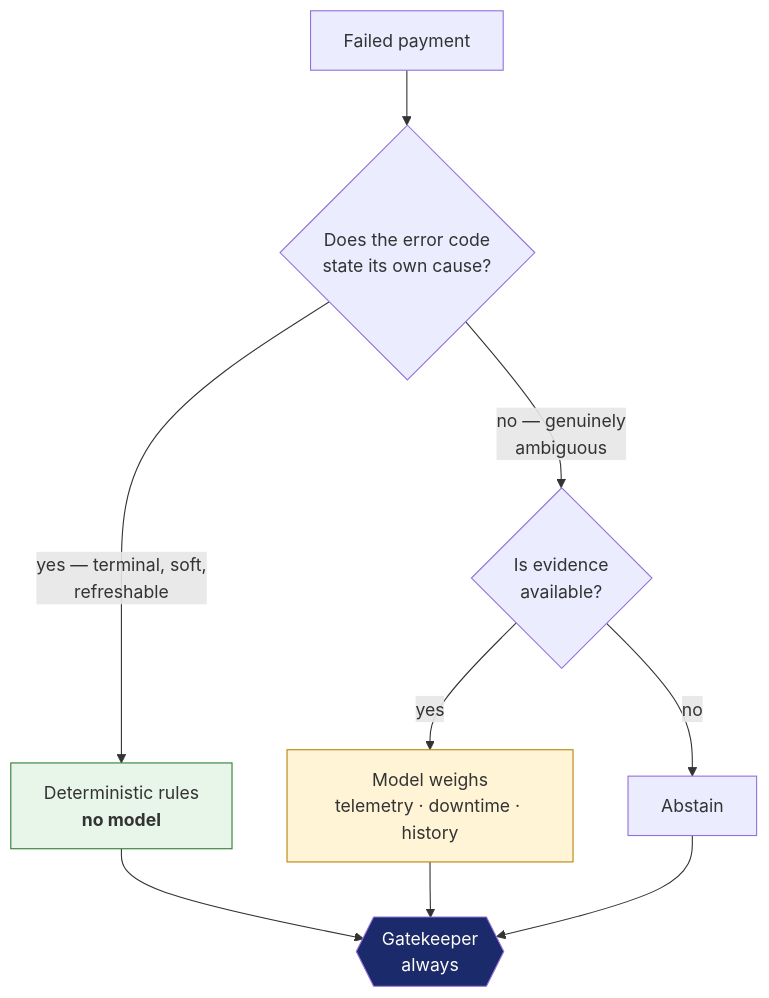
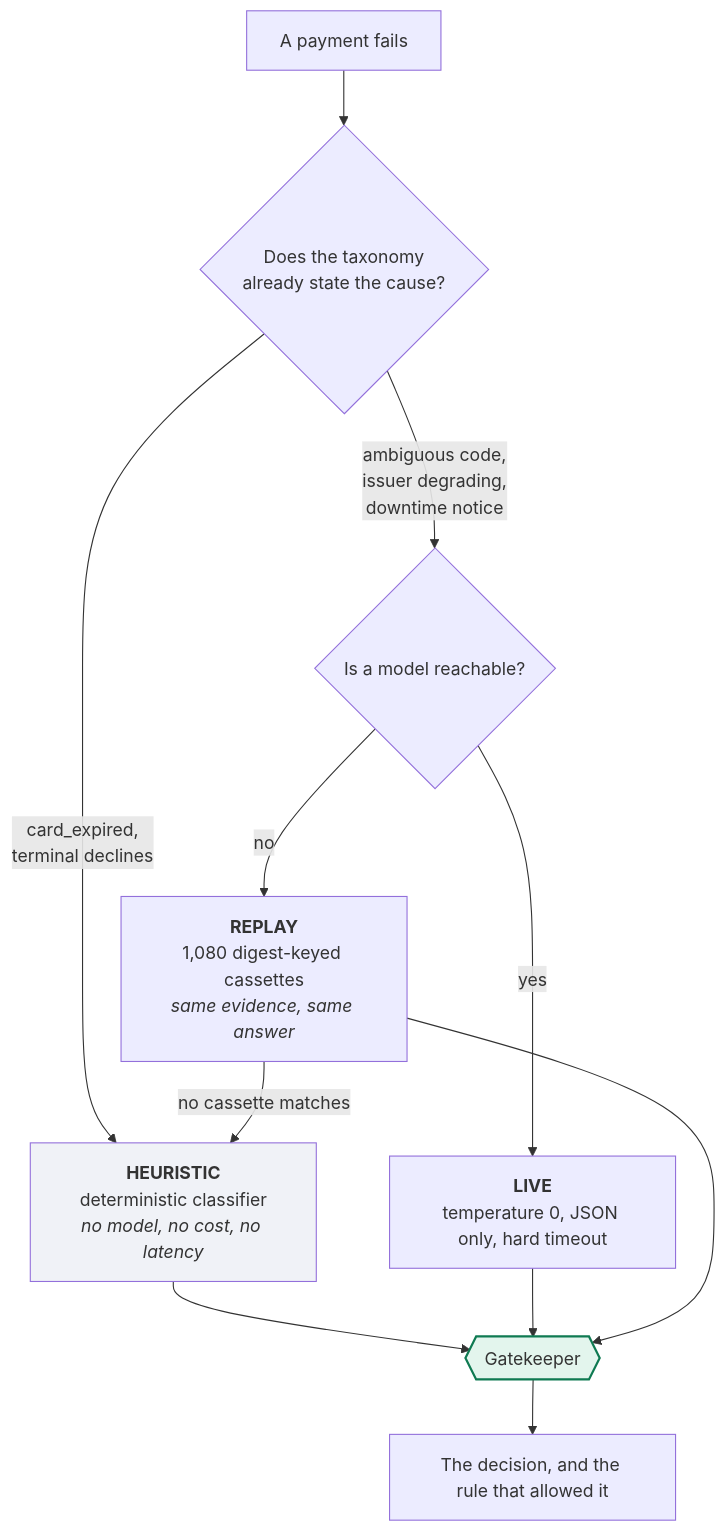
One commit to vighriday/ResilientMesh-Razorpaybuildathon changed the third of 3 diagrams in README.md. Above: the diagram before and after it, drawn with Mermaid. The commit also changed other lines of this file and 25 other files, not shown here.

````diff
--- a/README.md
+++ b/README.md
@@ -208,14 +203,16 @@
 ```mermaid
-flowchart TB
-    IN["Failed payment"] --> Q1{"Does the error code<br/>state its own cause?"}
-    Q1 -- "yes — terminal, soft,<br/>refreshable" --> DET["Deterministic rules<br/><b>no model</b>"]
-    Q1 -- "no — genuinely<br/>ambiguous" --> Q2{"Is evidence<br/>available?"}
-    Q2 -- yes --> LLM["Model weighs<br/>telemetry · downtime · history"]
-    Q2 -- no --> ABS["Abstain"]
-    DET --> GATE{{"Gatekeeper<br/>always"}}
-    LLM --> GATE
-    ABS --> GATE
-    style LLM fill:#fff4d6,stroke:#b8860b
-    style DET fill:#e8f5e9,stroke:#2e7d32
-    style GATE fill:#1b2a6b,color:#fffdf8
+flowchart TD
+    START["A payment fails"] --> Q1{"Does the taxonomy<br/>already state the cause?"}
+    Q1 -->|"card_expired,<br/>terminal declines"| H["<b>HEURISTIC</b><br/>deterministic classifier<br/><i>no model, no cost, no latency</i>"]
+    Q1 -->|"ambiguous code,<br/>issuer degrading,<br/>downtime notice"| Q2{"Is a model reachable?"}
+    Q2 -->|yes| L["<b>LIVE</b><br/>temperature 0, JSON only, hard timeout"]
+    Q2 -->|no| R["<b>REPLAY</b><br/>1,080 digest-keyed cassettes<br/><i>same evidence, same answer</i>"]
+    R -->|"no cassette matches"| H
+    H --> G{{"Gatekeeper"}}
+    L --> G
+    R --> G
+    G --> OUT["The decision, and the rule that allowed it"]
+
+    style G fill:#e3f5ed,stroke:#0f7a52,stroke-width:2px
+    style H fill:#f0f2f7
 ```
````
